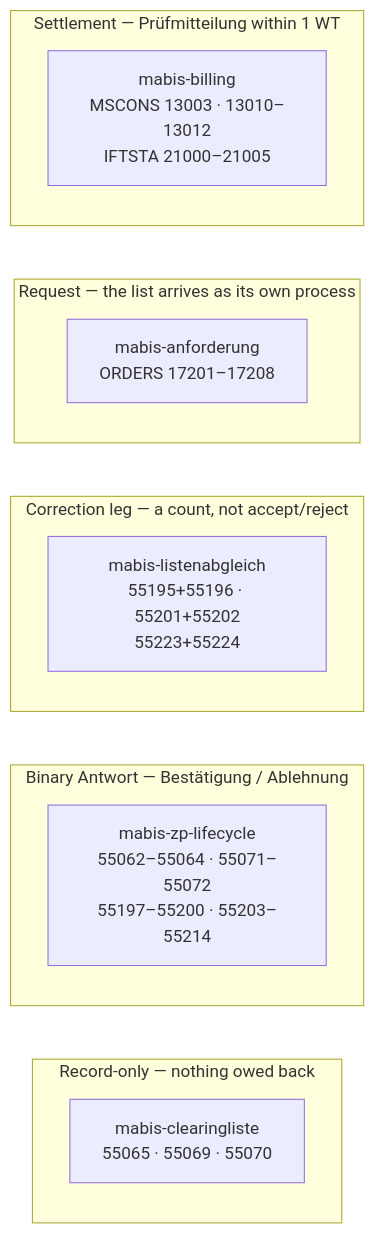
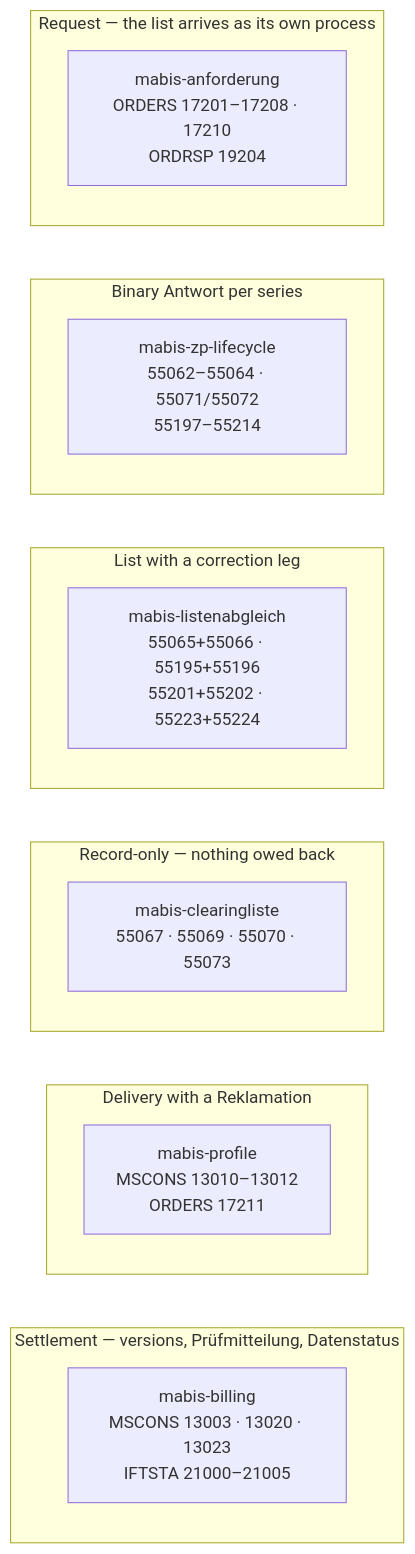
One commit to hupe1980/mako changed the diagram in crates/mako-mabis/README.md. Above: the diagram before and after it, drawn with Mermaid. The commit also changed other lines of this file and 182 other files, not shown here.

````diff
--- a/crates/mako-mabis/README.md
+++ b/crates/mako-mabis/README.md
@@ -46,18 +77,21 @@
 ```mermaid
 flowchart LR
+    subgraph set["Settlement — versions, Prüfmitteilung, Datenstatus"]
+        BI["mabis-billing<br/>MSCONS 13003 · 13020 · 13023<br/>IFTSTA 21000–21005"]
+    end
+    subgraph prof["Delivery with a Reklamation"]
+        PR["mabis-profile<br/>MSCONS 13010–13012<br/>ORDERS 17211"]
+    end
     subgraph rec["Record-only — nothing owed back"]
-        CL["mabis-clearingliste<br/>55065 · 55069 · 55070"]
+        CL["mabis-clearingliste<br/>55067 · 55069 · 55070 · 55073"]
     end
-    subgraph bin["Binary Antwort — Bestätigung / Ablehnung"]
-        ZP["mabis-zp-lifecycle<br/>55062–55064 · 55071–55072<br/>55197–55200 · 55203–55214"]
+    subgraph corr["List with a correction leg"]
+        LA["mabis-listenabgleich<br/>55065+55066 · 55195+55196<br/>55201+55202 · 55223+55224"]
     end
-    subgraph corr["Correction leg — a count, not accept/reject"]
-        LA["mabis-listenabgleich<br/>55195+55196 · 55201+55202<br/>55223+55224"]
+    subgraph bin["Binary Antwort per series"]
+        ZP["mabis-zp-lifecycle<br/>55062–55064 · 55071/55072<br/>55197–55214"]
     end
     subgraph req["Request — the list arrives as its own process"]
-        AN["mabis-anforderung<br/>ORDERS 17201–17208"]
-    end
-    subgraph set["Settlement — Prüfmitteilung within 1 WT"]
-        BI["mabis-billing<br/>MSCONS 13003 · 13010–13012<br/>IFTSTA 21000–21005"]
+        AN["mabis-anforderung<br/>ORDERS 17201–17208 · 17210<br/>ORDRSP 19204"]
     end
 ```
````
